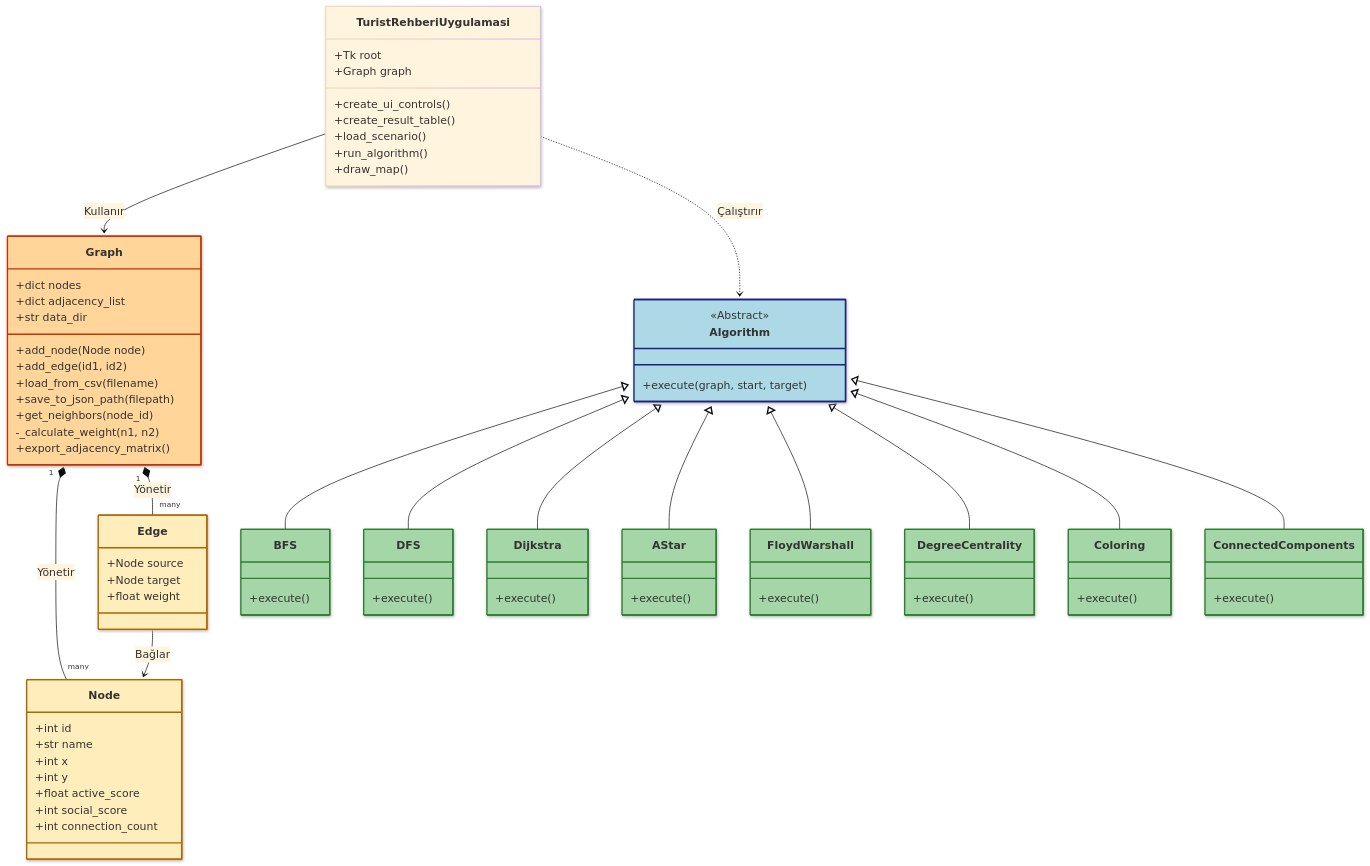
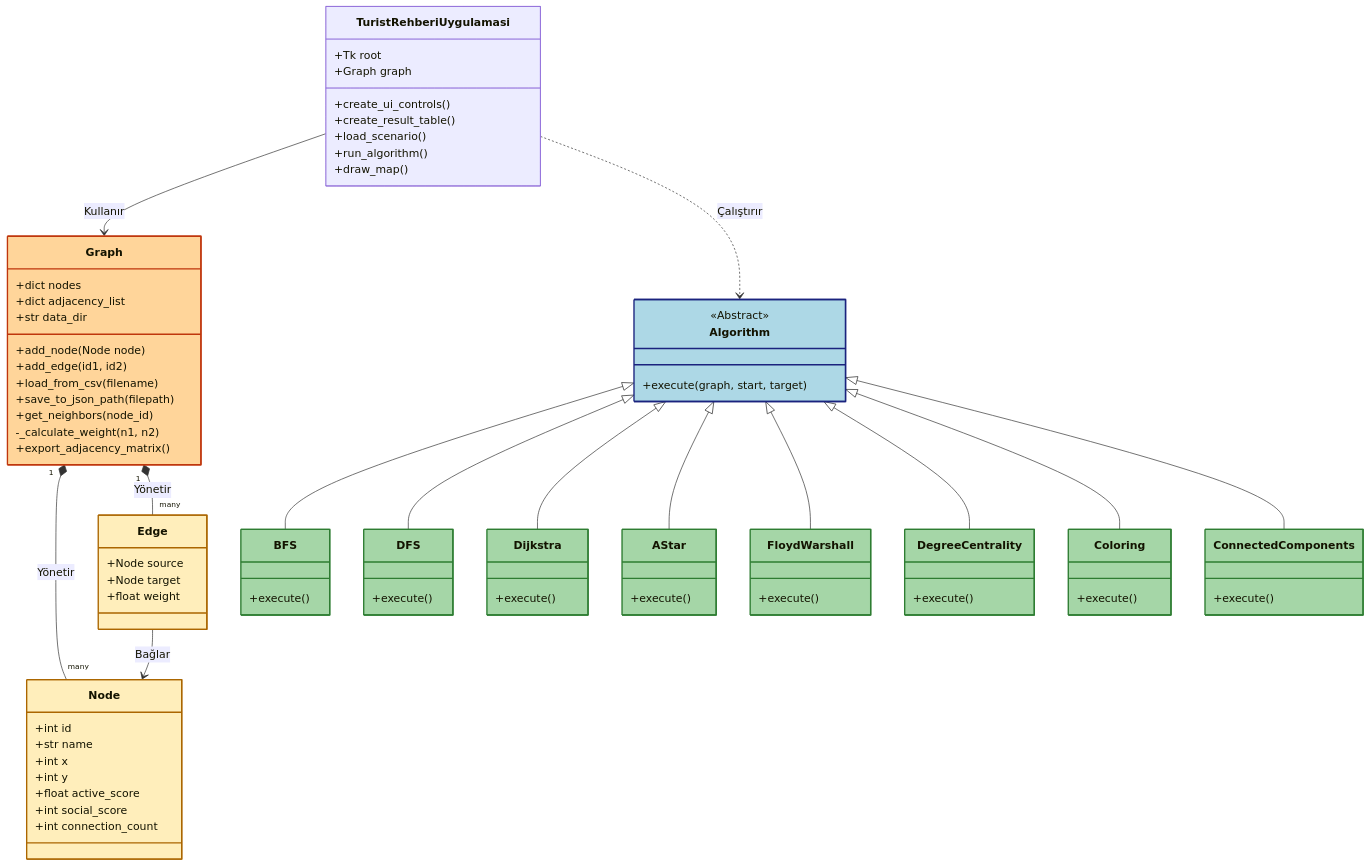
The third of 4 diagrams in README.md (mustkein/yazGelLabProjeII), drawn with Mermaid before and after one commit.

Commit message:
Refactor Mermaid diagram styles in README.md

````diff
--- a/README.md
+++ b/README.md
@@ -292,78 +292,77 @@
 ```mermaid
----
-config:
-  theme: base
-  look: neo
----
 classDiagram
+    %% --- Sınıflar ---
     class Node:::graphextends {
         +int id
         +str name
         +int x
         +int y
         +float active_score
         +int social_score
         +int connection_count
     }
 
     class Edge:::graphextends {
         +Node source
         +Node target
         +float weight
     }
     class Graph:::graphbase {
         +dict nodes
         +dict adjacency_list
         +str data_dir
         +add_node(Node node)
         +add_edge(id1, id2)
         +load_from_csv(filename)
         +save_to_json_path(filepath)
         +get_neighbors(node_id)
         -_calculate_weight(n1, n2)
         +export_adjacency_matrix()
     }
     class Algorithm:::algbase {
         <<Abstract>>
         +execute(graph, start, target)
     }
 
     class BFS:::extends { +execute() }
     class DFS:::extends { +execute() }
     class Dijkstra:::extends { +execute() }
     class AStar:::extends { +execute() }
     class FloydWarshall:::extends { +execute() }
     class DegreeCentrality:::extends { +execute() }
     class Coloring:::extends { +execute() }
     class ConnectedComponents:::extends { +execute() }
+    
     class TuristRehberiUygulamasi {
         +Tk root
         +Graph graph
         +create_ui_controls()
         +create_result_table()
         +load_scenario()
         +run_algorithm()
         +draw_map()
     }
+
+    %% --- İlişkiler ---
     Graph "1" *-- "many" Node : Yönetir
     Graph "1" *-- "many" Edge : Yönetir
     Edge --> Node : Bağlar
     
     Algorithm <|-- BFS
     Algorithm <|-- DFS
     Algorithm <|-- Dijkstra
     Algorithm <|-- AStar
     Algorithm <|-- FloydWarshall
     Algorithm <|-- DegreeCentrality
     Algorithm <|-- Coloring
     Algorithm <|-- ConnectedComponents
 
     TuristRehberiUygulamasi --> Graph : Kullanır
     TuristRehberiUygulamasi ..> Algorithm : Çalıştırır
 
-    %% Define styles for Algorithm base, Graph base, their children
+    %% --- Renk Tanımları ---
     classDef algbase fill:#add8e6,stroke:#1a237e,stroke-width:2px;
     classDef extends fill:#a5d6a7,stroke:#2e7d32,stroke-width:2px;
-    classDef graphbase fill:#ffd59a,stroke:#bf360c,stroke-width:2px;   
+    classDef graphbase fill:#ffd59a,stroke:#bf360c,stroke-width:2px;    
     classDef graphextends fill:#ffeebb,stroke:#ab6600,stroke-width:2px;
 ```
````
